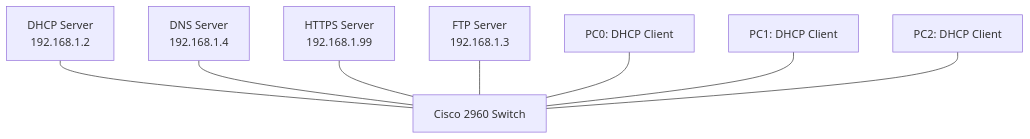
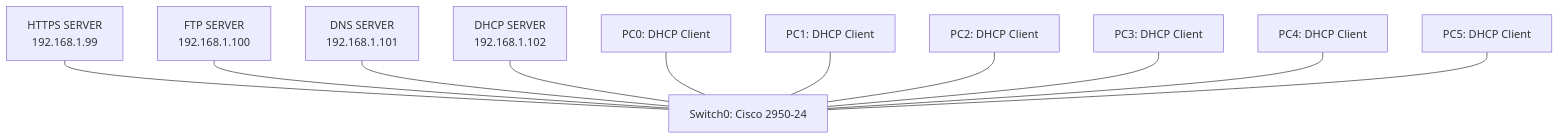
Before and after one commit to ertval/deep-in-net: the third of 9 diagrams in README.md, drawn with Mermaid. The commit also changed other lines of this file and 13 other files, not shown here.

````diff
--- a/README.md
+++ b/README.md
@@ -329,11 +340,14 @@
 ```mermaid
 graph TD
-    SW[Cisco 2960 Switch]
-    DHCP[DHCP Server<br/>192.168.1.2] --- SW
-    DNS[DNS Server<br/>192.168.1.4] --- SW
-    HTTPS[HTTPS Server<br/>192.168.1.99] --- SW
-    FTP[FTP Server<br/>192.168.1.3] --- SW
+    SW[Switch0: Cisco 2950-24]
+    HTTPS[HTTPS SERVER<br/>192.168.1.99] --- SW
+    FTP[FTP SERVER<br/>192.168.1.100] --- SW
+    DNS[DNS SERVER<br/>192.168.1.101] --- SW
+    DHCP[DHCP SERVER<br/>192.168.1.102] --- SW
     PC0[PC0: DHCP Client] --- SW
     PC1[PC1: DHCP Client] --- SW
     PC2[PC2: DHCP Client] --- SW
+    PC3[PC3: DHCP Client] --- SW
+    PC4[PC4: DHCP Client] --- SW
+    PC5[PC5: DHCP Client] --- SW
 ```
````
